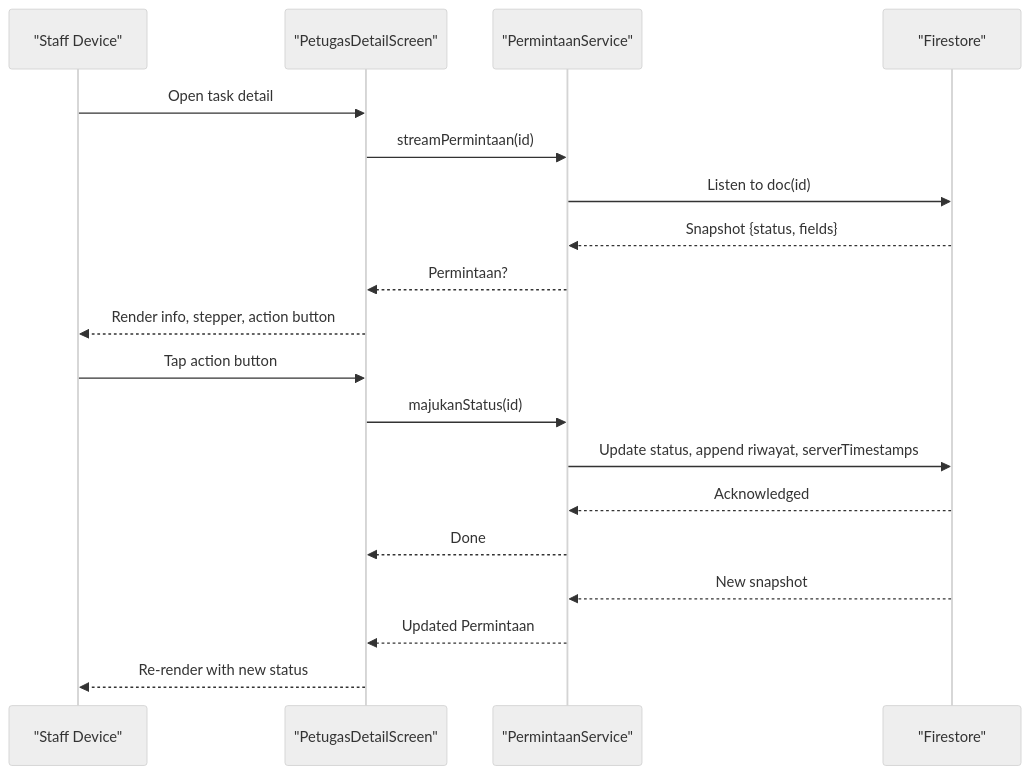
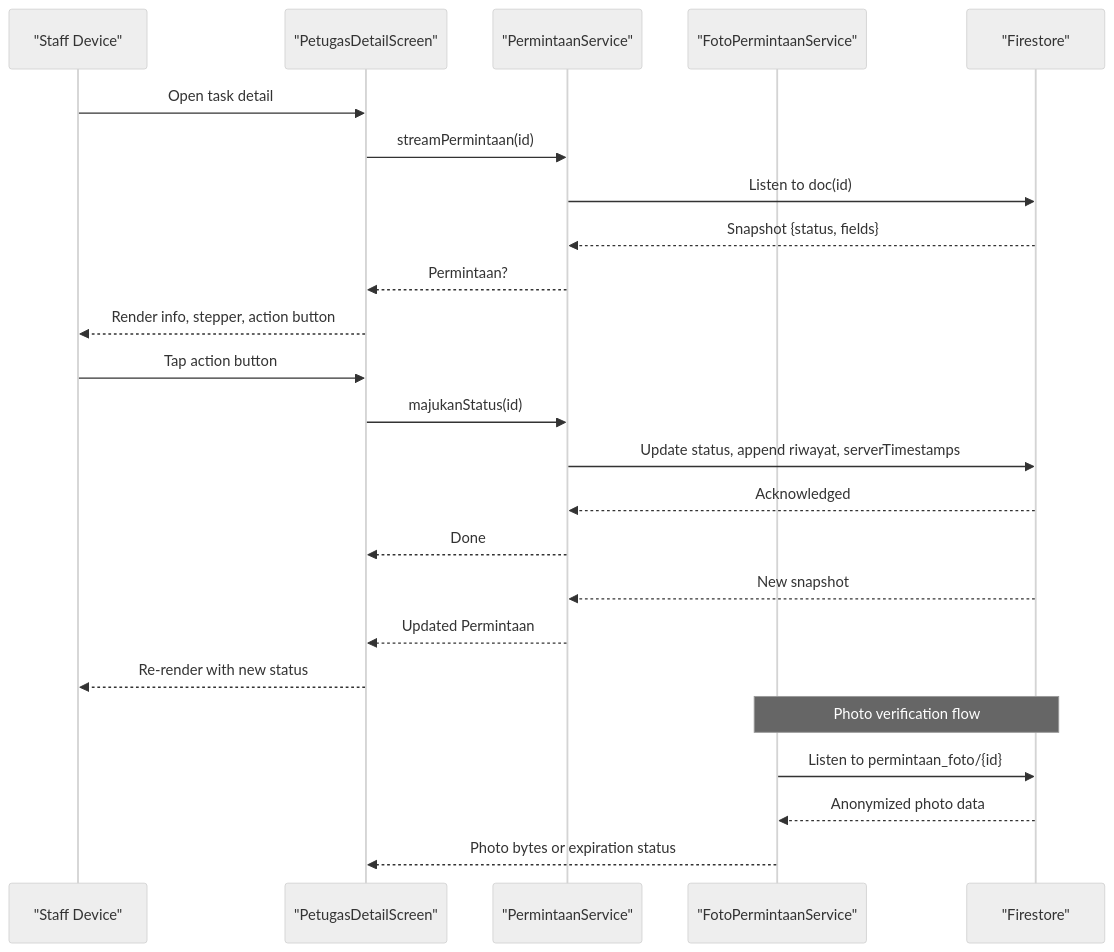
Before and after one commit to rdsarjito/whoosh-ramah: the second of 7 diagrams in .qoder/repowiki/en/content/Mobile Application/Staff Workflow/Task Detail Screen.md, drawn with Mermaid (neutral theme). The commit also changed other lines of this file and 68 other files, not shown here.

````diff
--- a/.qoder/repowiki/en/content/Mobile Application/Staff Workflow/Task Detail Screen.md
+++ b/.qoder/repowiki/en/content/Mobile Application/Staff Workflow/Task Detail Screen.md
@@ -90,21 +115,26 @@
 ```mermaid
 sequenceDiagram
 participant Staff as "Staff Device"
 participant UI as "PetugasDetailScreen"
 participant Service as "PermintaanService"
+participant PhotoService as "FotoPermintaanService"
 participant DB as "Firestore"
 Staff->>UI : Open task detail
 UI->>Service : streamPermintaan(id)
 Service->>DB : Listen to doc(id)
 DB-->>Service : Snapshot {status, fields}
 Service-->>UI : Permintaan?
 UI-->>Staff : Render info, stepper, action button
 Staff->>UI : Tap action button
 UI->>Service : majukanStatus(id)
 Service->>DB : Update status, append riwayat, serverTimestamps
 DB-->>Service : Acknowledged
 Service-->>UI : Done
 DB-->>Service : New snapshot
 Service-->>UI : Updated Permintaan
 UI-->>Staff : Re-render with new status
+Note over PhotoService,DB : Photo verification flow
+PhotoService->>DB : Listen to permintaan_foto/{id}
+DB-->>PhotoService : Anonymized photo data
+PhotoService-->>UI : Photo bytes or expiration status
 ```
````
